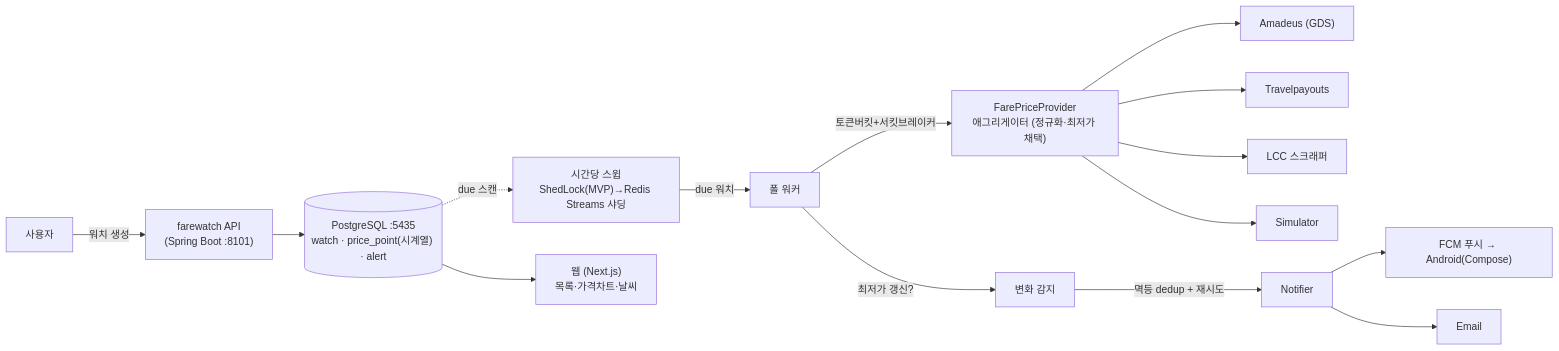
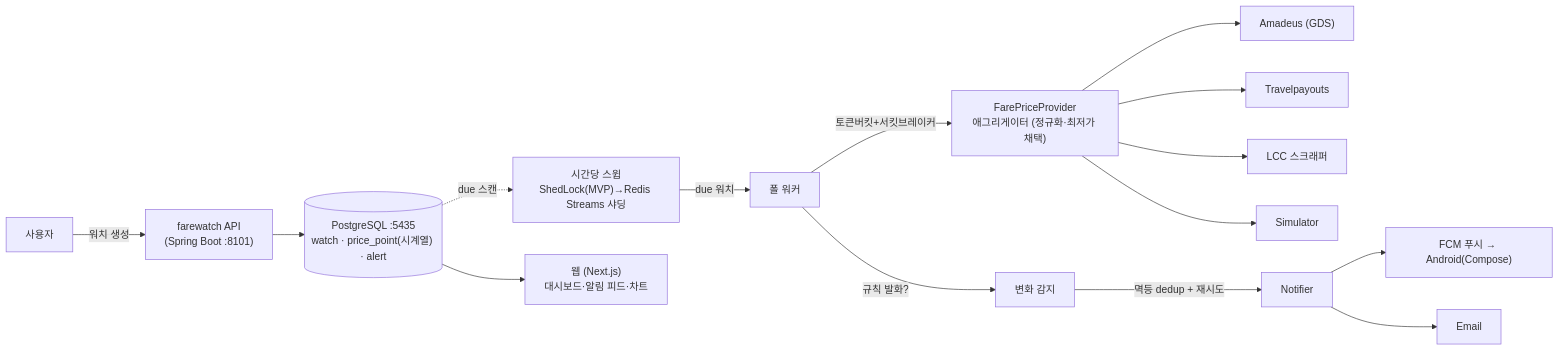
Before and after one commit to jinwovo/farewatch: the diagram in README.md, drawn with Mermaid. The commit also changed other lines of this file, not shown here.

````diff
--- a/README.md
+++ b/README.md
@@ -61,17 +87,17 @@
 ```mermaid
 flowchart LR
     U["사용자"] -->|워치 생성| API["farewatch API<br/>(Spring Boot :8101)"]
     API --> PG[("PostgreSQL :5435<br/>watch · price_point(시계열) · alert")]
     PG -.->|due 스캔| SWEEP
     SWEEP["시간당 스윕<br/>ShedLock(MVP)→Redis Streams 샤딩"] -->|due 워치| WORKER["폴 워커"]
     WORKER -->|토큰버킷+서킷브레이커| AGG["FarePriceProvider<br/>애그리게이터 (정규화·최저가 채택)"]
     AGG --> AM["Amadeus (GDS)"]
     AGG --> TP["Travelpayouts"]
     AGG --> SC["LCC 스크래퍼"]
     AGG --> SIM["Simulator"]
-    WORKER -->|최저가 갱신?| DET["변화 감지"]
+    WORKER -->|규칙 발화?| DET["변화 감지"]
     DET -->|멱등 dedup + 재시도| NOTIF["Notifier"]
     NOTIF --> FCM["FCM 푸시 → Android(Compose)"]
     NOTIF --> MAIL["Email"]
-    PG --> WEB["웹 (Next.js)<br/>목록·가격차트·날씨"]
+    PG --> WEB["웹 (Next.js)<br/>대시보드·알림 피드·차트"]
 ```
````
